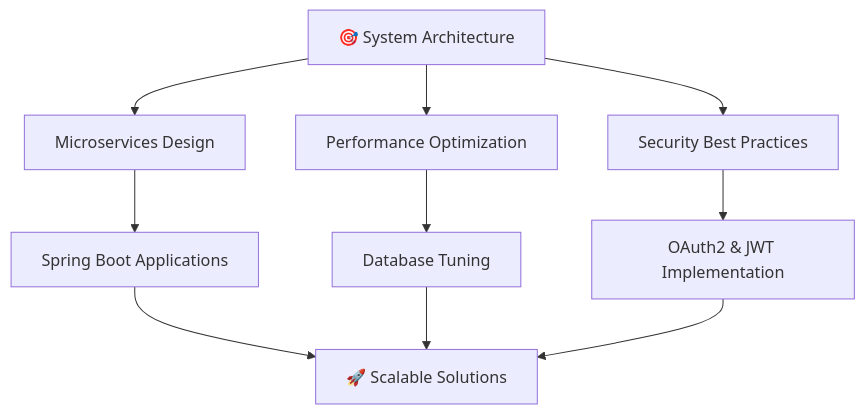
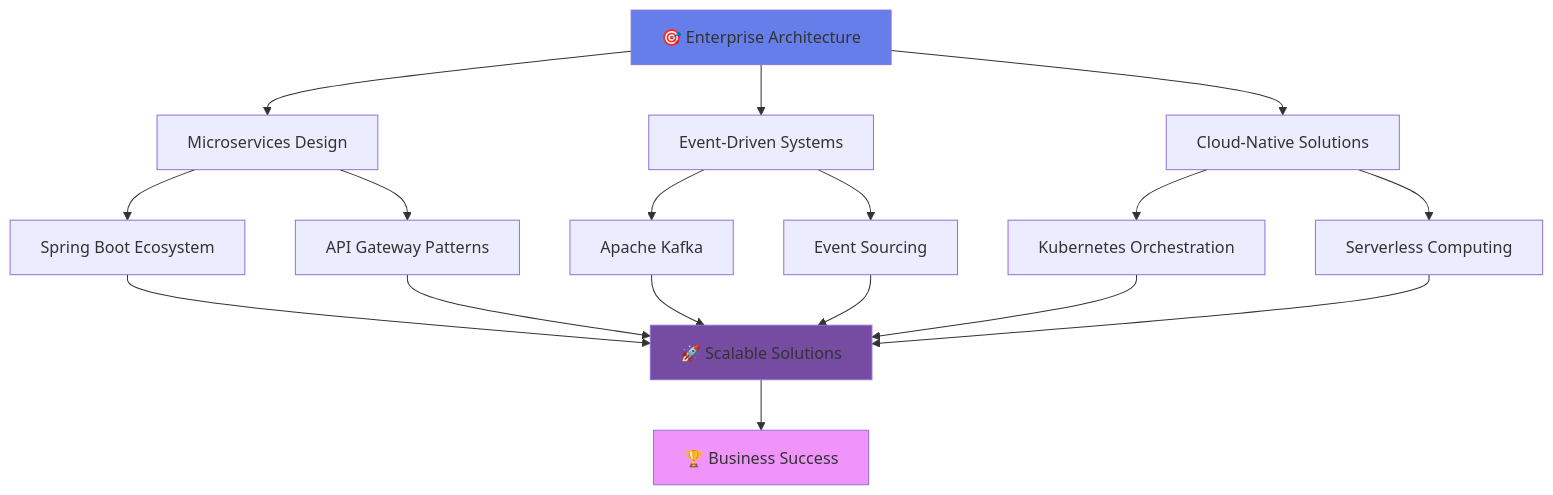
One commit to rameshsapkota900/rameshsapkota900 changed the diagram in README.md. Above: the diagram before and after it, drawn with Mermaid. The commit also changed other lines of this file, not shown here.

````diff
--- a/README.md
+++ b/README.md
@@ -215,14 +242,28 @@
 ```mermaid
 graph TD
-    A[🎯 System Architecture] --> B[Microservices Design]
-    A --> C[Performance Optimization]
-    A --> D[Security Best Practices]
+    A[🎯 Enterprise Architecture] --> B[Microservices Design]
+    A --> C[Event-Driven Systems]
+    A --> D[Cloud-Native Solutions]
     
-    B --> E[Spring Boot Applications]
-    C --> F[Database Tuning]
-    D --> G[OAuth2 & JWT Implementation]
+    B --> E[Spring Boot Ecosystem]
+    B --> F[API Gateway Patterns]
     
-    E --> H[🚀 Scalable Solutions]
-    F --> H
-    G --> H
+    C --> G[Apache Kafka]
+    C --> H[Event Sourcing]
+    
+    D --> I[Kubernetes Orchestration]
+    D --> J[Serverless Computing]
+    
+    E --> K[🚀 Scalable Solutions]
+    F --> K
+    G --> K
+    H --> K
+    I --> K
+    J --> K
+    
+    K --> L[🏆 Business Success]
+    
+    style A fill:#667eea
+    style K fill:#764ba2
+    style L fill:#f093fb
 ```
````
